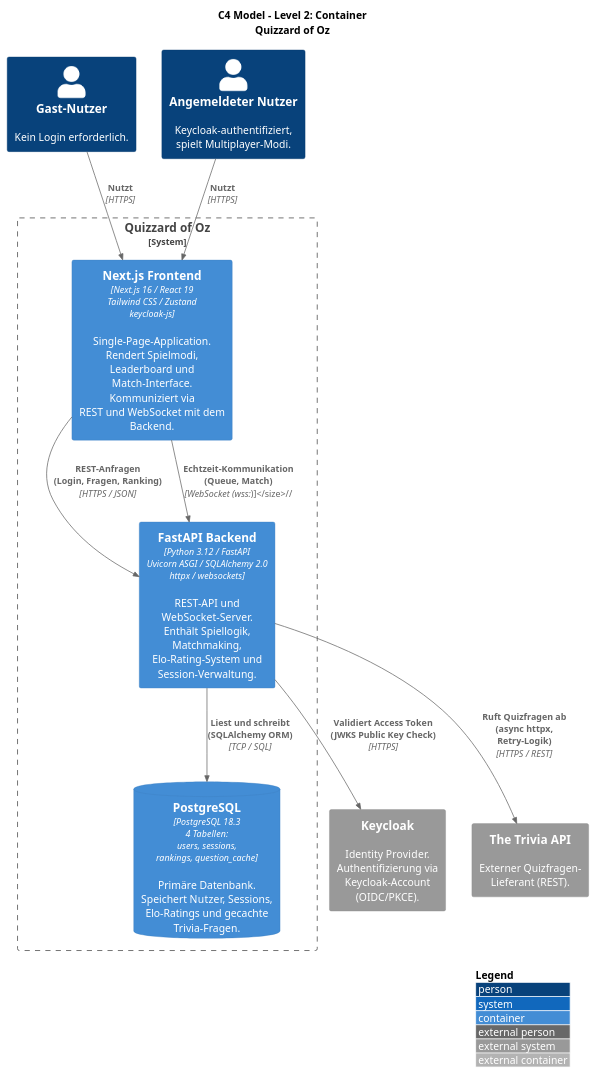
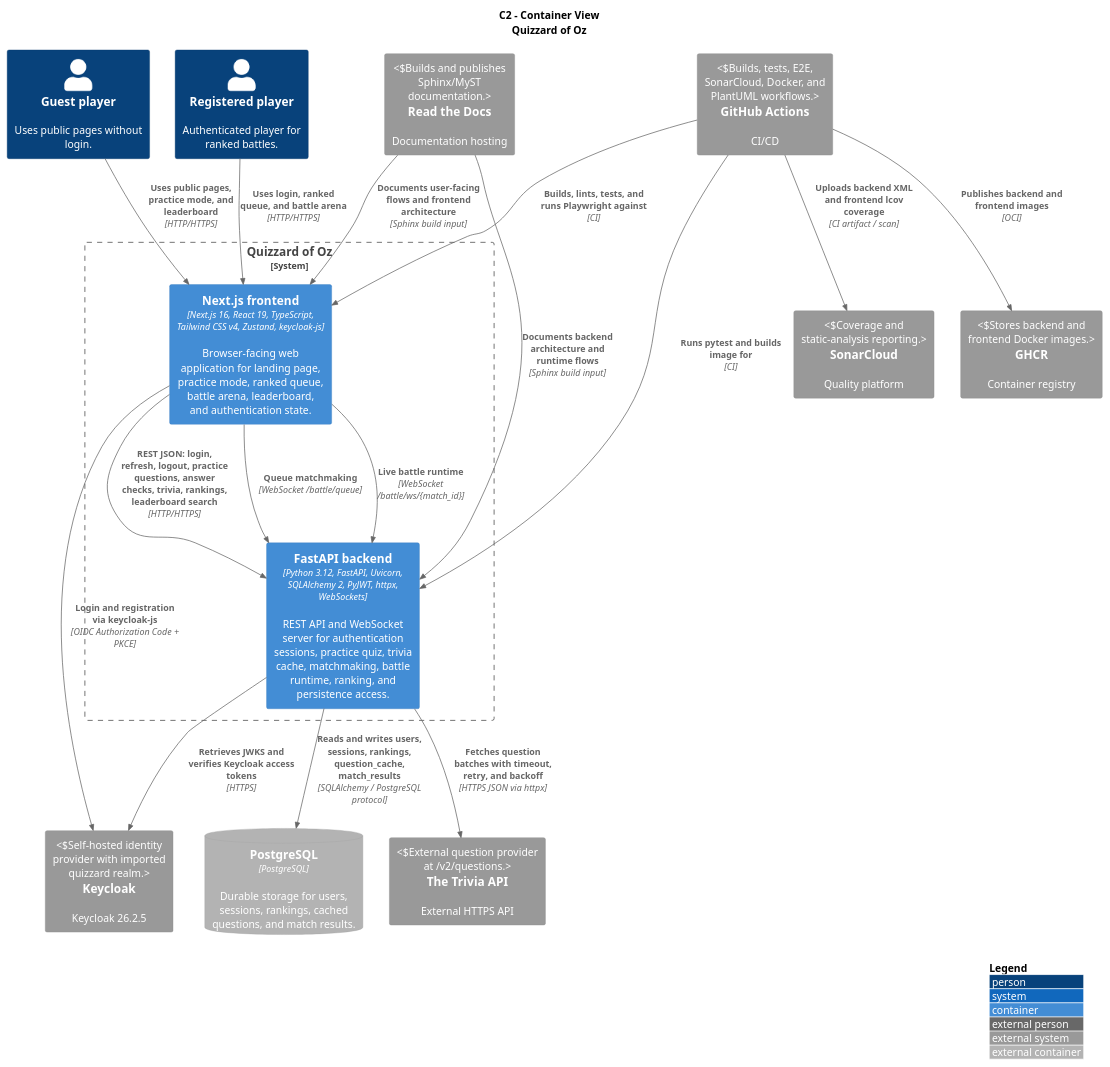
One commit to Gravefax/Quizzard-of-Oz changed the diagram in docs/c4/c2_container.puml. Above: the diagram before and after it, drawn with PlantUML. The commit also changed 17 other files, not shown here.

```diff
--- a/docs/c4/c2_container.puml
+++ b/docs/c4/c2_container.puml
@@ -1,34 +1,43 @@
 @startuml C2_Container
 !include https://raw.githubusercontent.com/plantuml-stdlib/C4-PlantUML/master/C4_Container.puml
 
 LAYOUT_WITH_LEGEND()
 
-title C4 Model - Level 2: Container\nQuizzard of Oz
+title C2 - Container View\nQuizzard of Oz
 
-Person(guest, "Gast-Nutzer", "Kein Login erforderlich.")
-Person(user, "Angemeldeter Nutzer", "Keycloak-authentifiziert,\nspielt Multiplayer-Modi.")
+Person(guest, "Guest player", "Uses public pages without login.")
+Person(registered, "Registered player", "Authenticated player for ranked battles.")
 
-System_Ext(keycloak, "Keycloak", "Identity Provider.\nAuthentifizierung via\nKeycloak-Account (OIDC/PKCE).")
-System_Ext(trivia_api, "The Trivia API", "Externer Quizfragen-\nLieferant (REST).")
+System_Ext(keycloak, "Keycloak", "Keycloak 26.2.5", "Self-hosted identity provider with imported quizzard realm.")
+ContainerDb_Ext(postgres, "PostgreSQL", "PostgreSQL", "Durable storage for users, sessions, rankings, cached questions, and match results.")
+System_Ext(trivia_api, "The Trivia API", "External HTTPS API", "External question provider at /v2/questions.")
+System_Ext(github_actions, "GitHub Actions", "CI/CD", "Builds, tests, E2E, SonarCloud, Docker, and PlantUML workflows.")
+System_Ext(sonarcloud, "SonarCloud", "Quality platform", "Coverage and static-analysis reporting.")
+System_Ext(ghcr, "GHCR", "Container registry", "Stores backend and frontend Docker images.")
+System_Ext(readthedocs, "Read the Docs", "Documentation hosting", "Builds and publishes Sphinx/MyST documentation.")
 
 System_Boundary(quizzard, "Quizzard of Oz") {
-
-    Container(frontend, "Next.js Frontend", "Next.js 16 / React 19\nTailwind CSS / Zustand\nkeycloak-js", "Single-Page-Application.\nRendert Spielmodi, Leaderboard und\nMatch-Interface. Kommuniziert via\nREST und WebSocket mit dem Backend.")
-
-    Container(backend, "FastAPI Backend", "Python 3.12 / FastAPI\nUvicorn ASGI / SQLAlchemy 2.0\nhttpx / websockets", "REST-API und WebSocket-Server.\nEnthält Spiellogik, Matchmaking,\nElo-Rating-System und\nSession-Verwaltung.")
-
-    ContainerDb(database, "PostgreSQL", "PostgreSQL 18.3\n4 Tabellen:\nusers, sessions,\nrankings, question_cache", "Primäre Datenbank.\nSpeichert Nutzer, Sessions,\nElo-Ratings und gecachte\nTrivia-Fragen.")
+    Container(frontend, "Next.js frontend", "Next.js 16, React 19, TypeScript, Tailwind CSS v4, Zustand, keycloak-js", "Browser-facing web application for landing page, practice mode, ranked queue, battle arena, leaderboard, and authentication state.")
+    Container(backend, "FastAPI backend", "Python 3.12, FastAPI, Uvicorn, SQLAlchemy 2, PyJWT, httpx, WebSockets", "REST API and WebSocket server for authentication sessions, practice quiz, trivia cache, matchmaking, battle runtime, ranking, and persistence access.")
 }
 
-Rel(guest, frontend, "Nutzt", "HTTPS")
-Rel(user, frontend, "Nutzt", "HTTPS")
+Rel(guest, frontend, "Uses public pages, practice mode, and leaderboard", "HTTP/HTTPS")
+Rel(registered, frontend, "Uses login, ranked queue, and battle arena", "HTTP/HTTPS")
 
-Rel(frontend, backend, "REST-Anfragen\n(Login, Fragen, Ranking)", "HTTPS / JSON")
-Rel(frontend, backend, "Echtzeit-Kommunikation\n(Queue, Match)", "WebSocket (wss://)")
+Rel(frontend, backend, "REST JSON: login, refresh, logout, practice questions, answer checks, trivia, rankings, leaderboard search", "HTTP/HTTPS")
+Rel(frontend, backend, "Queue matchmaking", "WebSocket /battle/queue")
+Rel(frontend, backend, "Live battle runtime", "WebSocket /battle/ws/{match_id}")
+Rel(frontend, keycloak, "Login and registration via keycloak-js", "OIDC Authorization Code + PKCE")
 
-Rel(backend, database, "Liest und schreibt\n(SQLAlchemy ORM)", "TCP / SQL")
+Rel(backend, keycloak, "Retrieves JWKS and verifies Keycloak access tokens", "HTTPS")
+Rel(backend, postgres, "Reads and writes users, sessions, rankings, question_cache, match_results", "SQLAlchemy / PostgreSQL protocol")
+Rel(backend, trivia_api, "Fetches question batches with timeout, retry, and backoff", "HTTPS JSON via httpx")
 
-Rel(backend, keycloak, "Validiert Access Token\n(JWKS Public Key Check)", "HTTPS")
-Rel(backend, trivia_api, "Ruft Quizfragen ab\n(async httpx, Retry-Logik)", "HTTPS / REST")
+Rel(github_actions, frontend, "Builds, lints, tests, and runs Playwright against", "CI")
+Rel(github_actions, backend, "Runs pytest and builds image for", "CI")
+Rel(github_actions, sonarcloud, "Uploads backend XML and frontend lcov coverage", "CI artifact / scan")
+Rel(github_actions, ghcr, "Publishes backend and frontend images", "OCI")
+Rel(readthedocs, frontend, "Documents user-facing flows and frontend architecture", "Sphinx build input")
+Rel(readthedocs, backend, "Documents backend architecture and runtime flows", "Sphinx build input")
 
 @enduml
```
